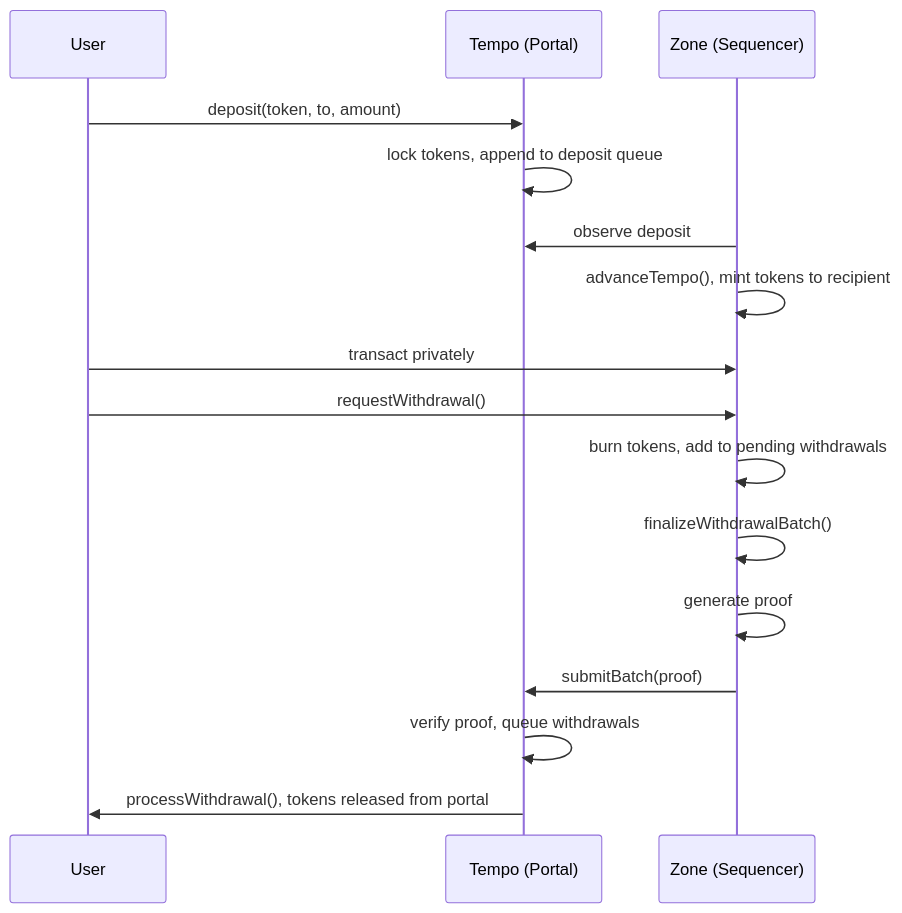
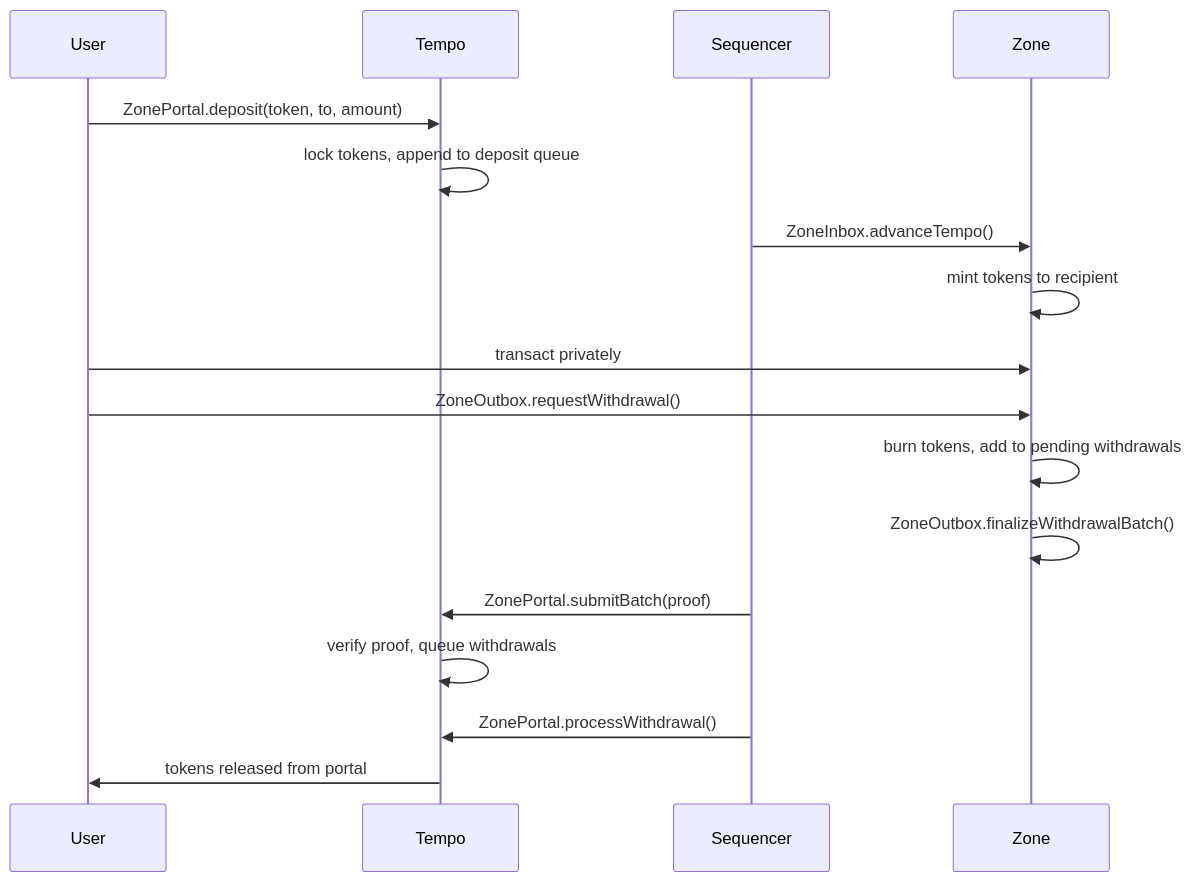
One commit to tempoxyz/zones changed the first of 4 diagrams in docs/specs/zone_spec.md. Above: the diagram before and after it, drawn with Mermaid. The commit also changed other lines of this file, not shown here.

Commit message:
docs: update sequence diagrams

````diff
--- a/docs/specs/zone_spec.md
+++ b/docs/specs/zone_spec.md
@@ -128,23 +128,24 @@
 ```mermaid
 sequenceDiagram
     participant User
-    participant Portal as Tempo (Portal)
-    participant Zone as Zone (Sequencer)
+    participant Tempo
+    participant Sequencer
+    participant Zone
 
-    User->>Portal: deposit(token, to, amount)
-    Portal->>Portal: lock tokens, append to deposit queue
-    Zone->>Portal: observe deposit
-    Zone->>Zone: advanceTempo(), mint tokens to recipient
+    User->>Tempo: ZonePortal.deposit(token, to, amount)
+    Tempo->>Tempo: lock tokens, append to deposit queue
+    Sequencer->>Zone: ZoneInbox.advanceTempo()
+    Zone->>Zone: mint tokens to recipient
 
     User->>Zone: transact privately
 
-    User->>Zone: requestWithdrawal()
+    User->>Zone: ZoneOutbox.requestWithdrawal()
     Zone->>Zone: burn tokens, add to pending withdrawals
-    Zone->>Zone: finalizeWithdrawalBatch()
-    Zone->>Zone: generate proof
+    Zone->>Zone: ZoneOutbox.finalizeWithdrawalBatch()
 
-    Zone->>Portal: submitBatch(proof)
-    Portal->>Portal: verify proof, queue withdrawals
+    Sequencer->>Tempo: ZonePortal.submitBatch(proof)
+    Tempo->>Tempo: verify proof, queue withdrawals
 
-    Portal->>User: processWithdrawal(), tokens released from portal
+    Sequencer->>Tempo: ZonePortal.processWithdrawal()
+    Tempo->>User: tokens released from portal
 ```
````
